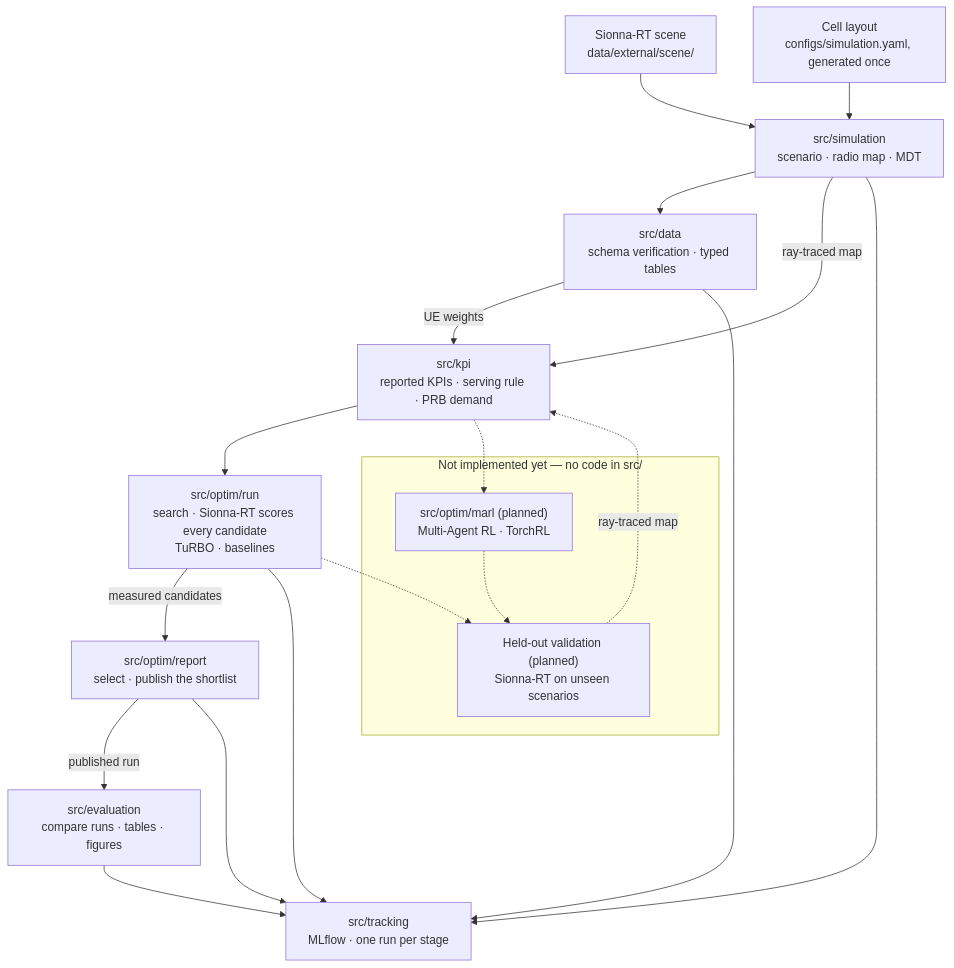
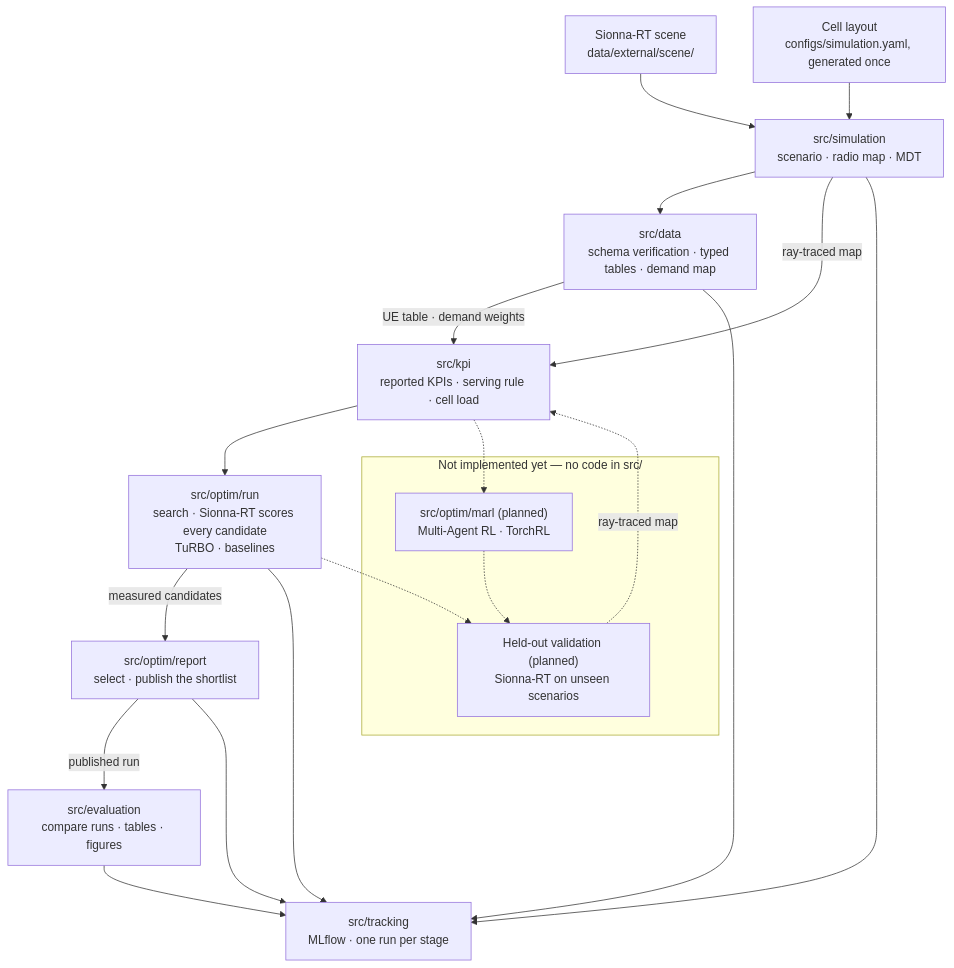
Before and after one commit to NguyenVu04/band-tilt: the diagram in README.md, drawn with Mermaid. The commit also changed other lines of this file and 42 other files, not shown here.

First line of the commit message:
feat: Implement demand-weighted objective and load ceiling for KPI reporting

````diff
--- a/README.md
+++ b/README.md
@@ -98,32 +104,32 @@
 ```mermaid
 flowchart TB
     scene["Sionna-RT scene<br/>data/external/scene/"]
     cells["Cell layout<br/>configs/simulation.yaml, generated once"]
 
     sim["src/simulation<br/>scenario · radio map · MDT"]
-    prep["src/data<br/>schema verification · typed tables"]
-    kpi["src/kpi<br/>reported KPIs · serving rule · PRB demand"]
+    prep["src/data<br/>schema verification · typed tables · demand map"]
+    kpi["src/kpi<br/>reported KPIs · serving rule · cell load"]
     opt["src/optim/run<br/>search · Sionna-RT scores every candidate<br/>TuRBO · baselines"]
     ver["src/optim/report<br/>select · publish the shortlist"]
     rep["src/evaluation<br/>compare runs · tables · figures"]
     mlf["src/tracking<br/>MLflow · one run per stage"]
 
     subgraph future["Not implemented yet — no code in src/"]
         marl["src/optim/marl (planned)<br/>Multi-Agent RL · TorchRL"]
         val["Held-out validation (planned)<br/>Sionna-RT on unseen scenarios"]
     end
 
     scene --> sim
     cells --> sim
     sim --> prep
     sim -->|ray-traced map| kpi
-    prep -->|UE weights| kpi
+    prep -->|UE table · demand weights| kpi
     kpi --> opt
     opt -->|measured candidates| ver
     ver -->|published run| rep
     sim & prep & opt & ver & rep --> mlf
     kpi -.-> marl
     opt -.-> val
     marl -.-> val
     val -.->|ray-traced map| kpi
 ```
````
